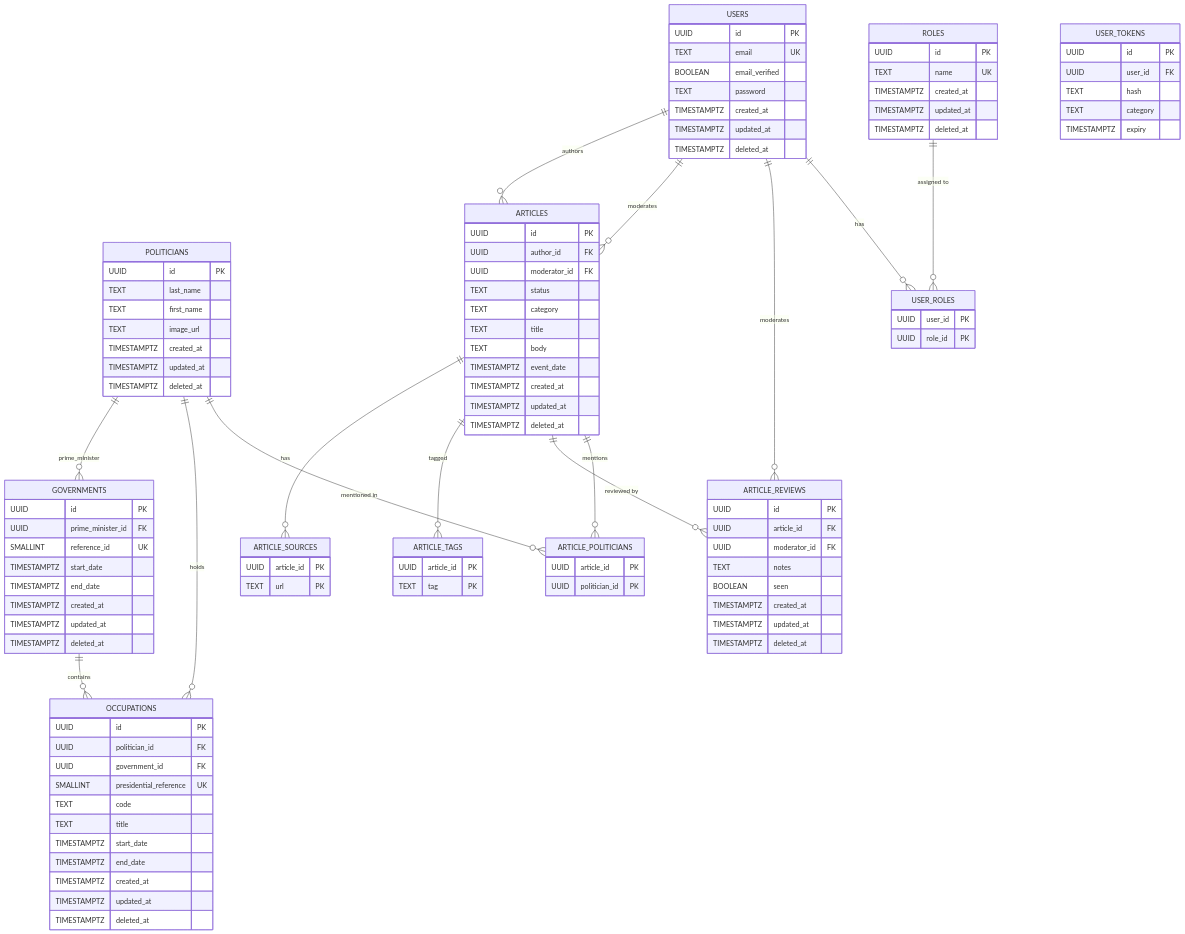
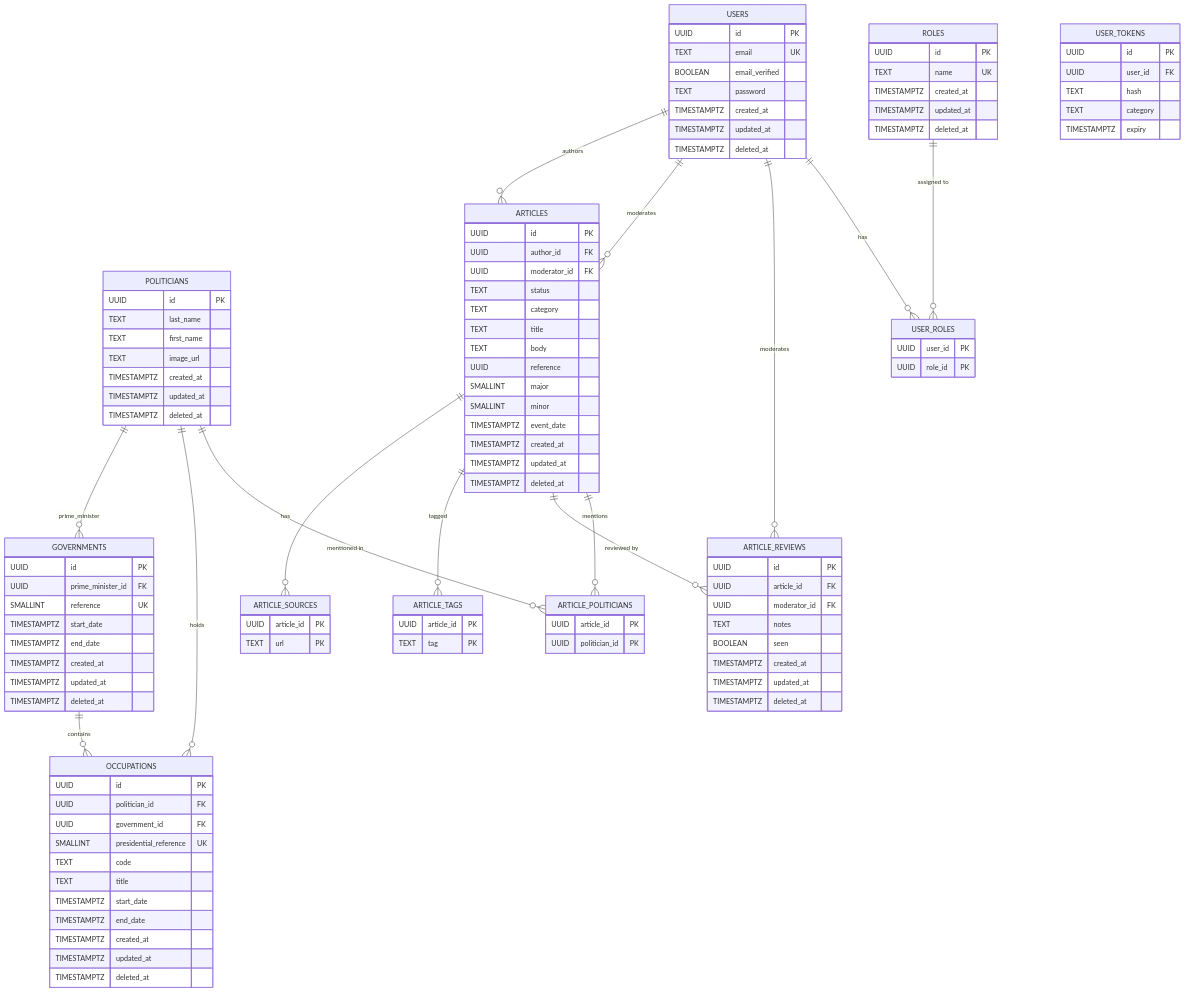
One commit to josselinchevalay/vigie-du-mensonge changed the diagram in database/schema.md. Above: the diagram before and after it, drawn with Mermaid. The commit also changed 7 other files, not shown here.

First line of the commit message:
Standardize `reference_id` to `reference`, update schema and models

```diff
--- a/database/schema.md
+++ b/database/schema.md
@@ -17,7 +17,7 @@
     GOVERNMENTS {
         UUID id PK
         UUID prime_minister_id FK
-        SMALLINT reference_id UK
+        SMALLINT reference UK
         TIMESTAMPTZ start_date
         TIMESTAMPTZ end_date
         TIMESTAMPTZ created_at
@@ -78,6 +78,10 @@
         TEXT category
         TEXT title
         TEXT body
+        UUID reference
+        SMALLINT major
+        SMALLINT minor
+        
         TIMESTAMPTZ event_date
         TIMESTAMPTZ created_at
         TIMESTAMPTZ updated_at
```
